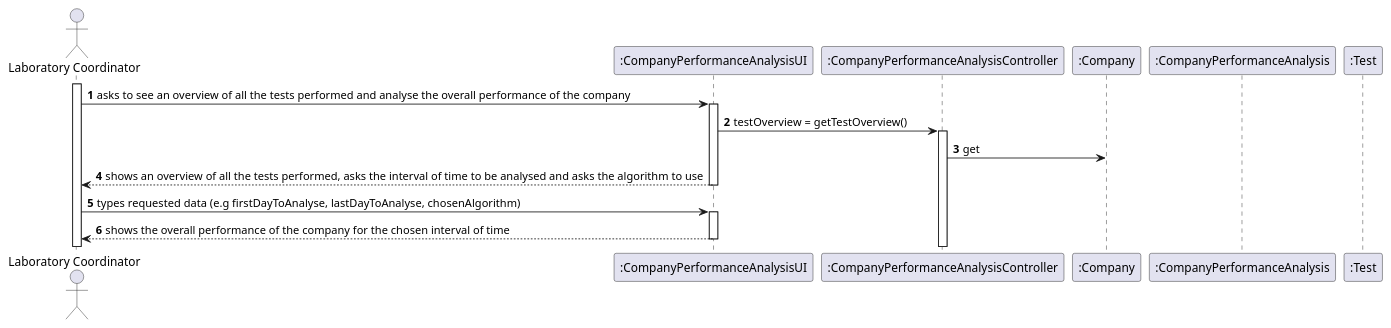
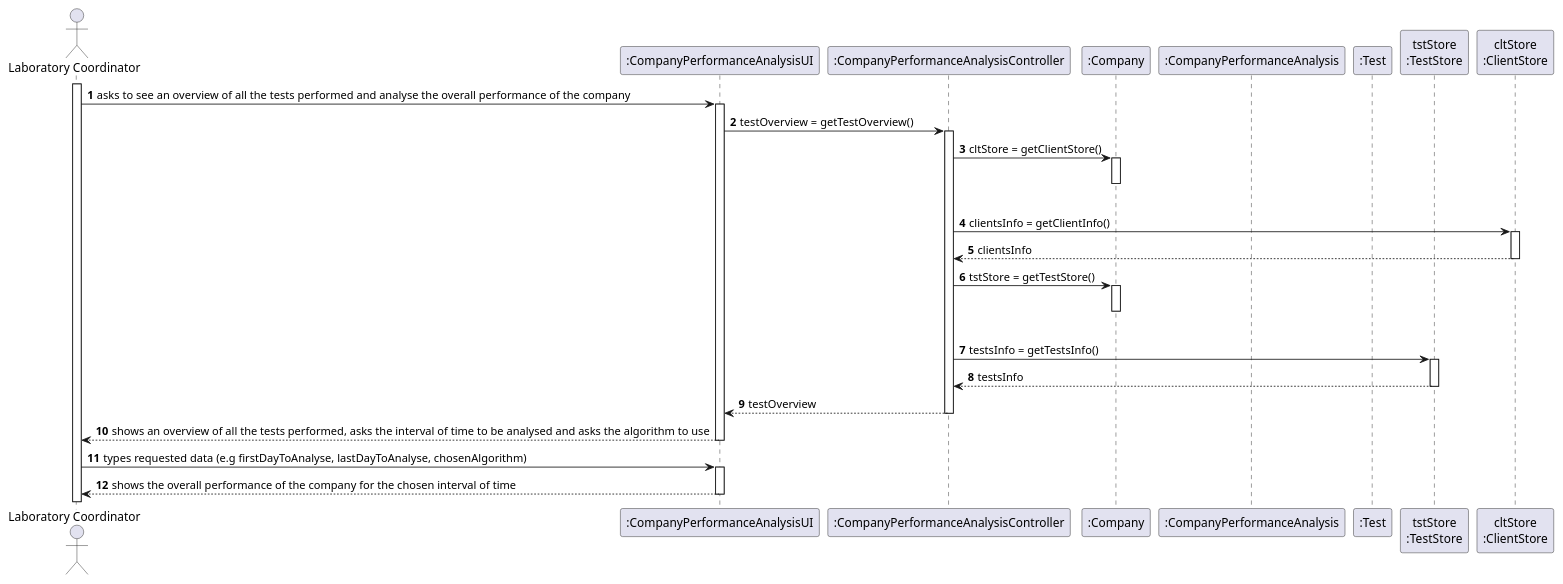
One commit to ana-albergaria/LAPR2-ISEP changed the diagram in docs/SprintD/US_16/US16_SD.puml. Above: the diagram before and after it, drawn with PlantUML.

Commit message:
Continued US16 SD.

```diff
--- a/docs/SprintD/US_16/US16_SD.puml
+++ b/docs/SprintD/US_16/US16_SD.puml
@@ -1,41 +1,62 @@
 @startuml
 autonumber
 actor "Laboratory Coordinator" as LC
 
 participant ":CompanyPerformanceAnalysisUI" as UI
 participant ":CompanyPerformanceAnalysisController" as CTRL
 participant ":Company" as CMP
 participant ":CompanyPerformanceAnalysis" as CPA
 participant ":Test" as TST
+participant "tstStore\n:TestStore" as TSTSTORE
+participant "cltStore\n:ClientStore" as CLTSTORE
 
 activate LC
 LC -> UI : asks to see an overview of all the tests performed and analyse the overall performance of the company
 activate UI
 
 UI -> CTRL : testOverview = getTestOverview()
 activate CTRL
 
-CTRL -> CMP : get
+CTRL -> CMP : cltStore = getClientStore()
+activate CMP
+|||
+deactivate CMP
+CTRL -> CLTSTORE : clientsInfo = getClientInfo()
+activate CLTSTORE
+CLTSTORE --> CTRL : clientsInfo
+deactivate CLTSTORE
 
-'array of int with:
+CTRL -> CMP : tstStore = getTestStore()
+activate CMP
+|||
+deactivate CMP
+CTRL -> TSTSTORE : testsInfo = getTestsInfo()
+activate TSTSTORE
+TSTSTORE --> CTRL : testsInfo
+deactivate TSTSTORE
+
+CTRL --> UI : testOverview
+deactivate CTRL
+
+'testOverview -> array of int with:
 'number of clients
 'number of tests waiting for results
 'number of tests waiting for diagnosis
 'total number of tests processed in the laboratory in each day
 '...week
 '...month
 '...year
 
 UI --> LC : shows an overview of all the tests performed, asks the interval of time to be analysed and asks the algorithm to use
 deactivate UI
 
+LC -> UI : types requested data (e.g firstDayToAnalyse, lastDayToAnalyse, chosenAlgorithm)
+activate UI
 
 
-LC -> UI : types requested data (e.g firstDayToAnalyse, lastDayToAnalyse, chosenAlgorithm)
-activate UI
 
 UI --> LC : shows the overall performance of the company for the chosen interval of time
 deactivate UI
 
 
 @enduml
```
